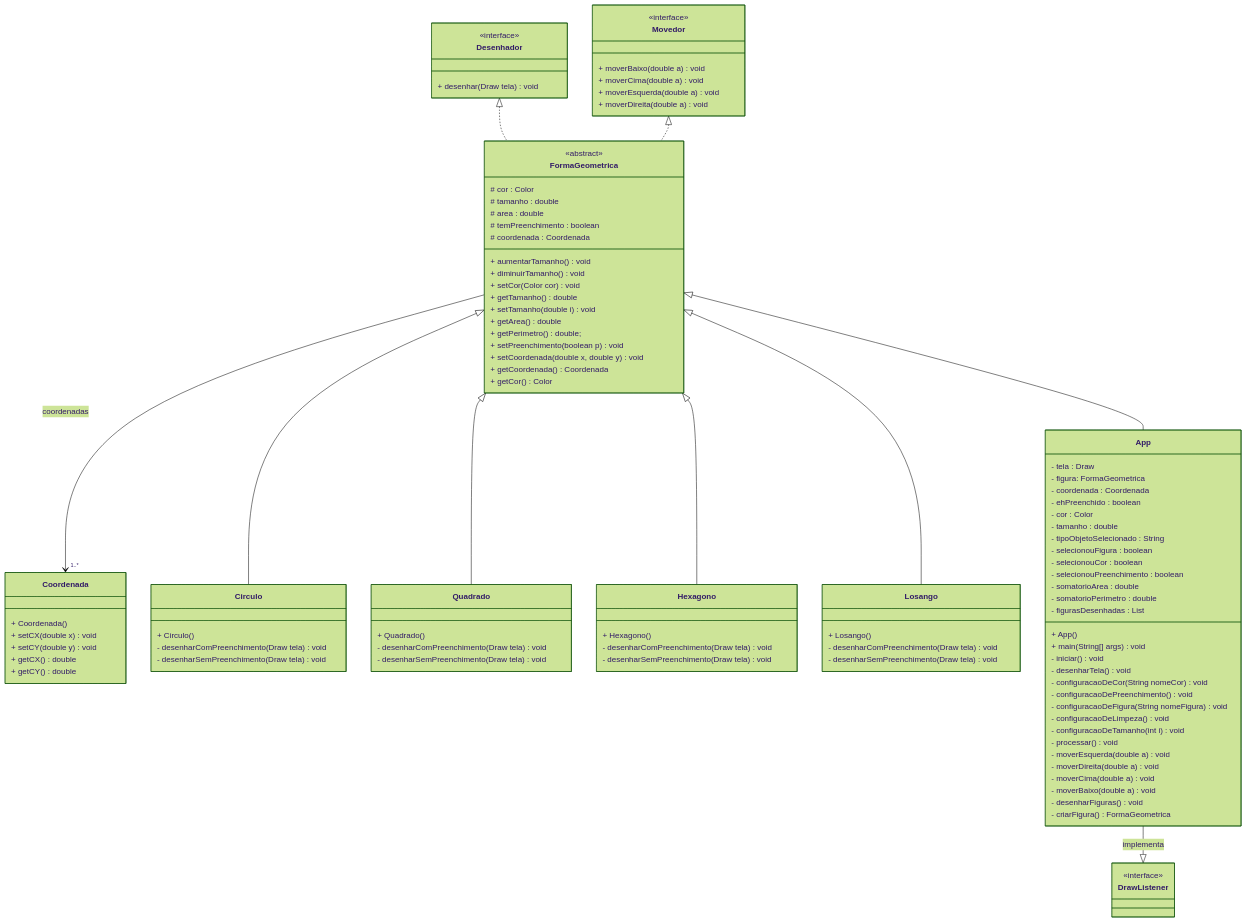
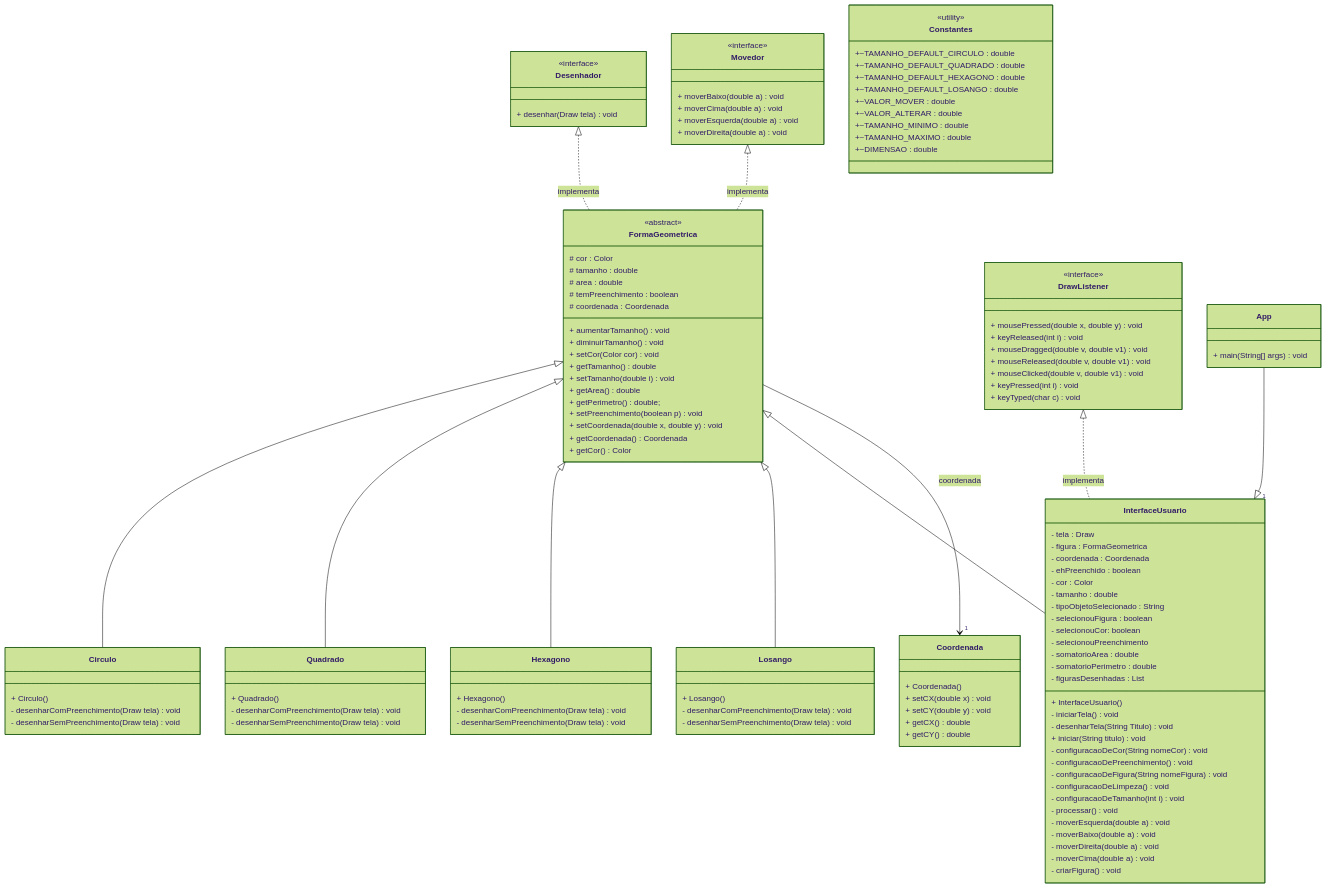
Before and after one commit to sergio-prolo-class/lista-4-igor1023: the diagram in readme.md, drawn with Mermaid (forest theme). The commit also changed 2 other files, not shown here.

Commit message:
Implementada classe InterfaceUsuario e dado continuidade no desenvolvimento do diagrama UML

````diff
--- a/readme.md
+++ b/readme.md
@@ -81,6 +81,14 @@
 
     class DrawListener{
         <<interface>>
+
+        + mousePressed(double x, double y) void
+        + keyReleased(int i) void
+        + mouseDragged(double v, double v1) void
+        + mouseReleased(double v, double v1) void
+        + mouseClicked(double v, double v1) void
+        + keyPressed(int i) void
+        + keyTyped(char c) void
     }
 
     class Coordenada{
@@ -91,10 +99,6 @@
         + getCX() double
         + getCY() double
     }
-
-    Desenhador <|.. FormaGeometrica
-    Movedor <|.. FormaGeometrica
-    FormaGeometrica --> "1..*" Coordenada : coordenadas
 
     class Circulo{
         
@@ -112,7 +116,6 @@
 
     class Hexagono {
 
-
         + Hexagono()
         - desenharComPreenchimento(Draw tela) void
         - desenharSemPreenchimento(Draw tela) void
@@ -127,24 +130,30 @@
 
     class App{
 
+        + main(String[] args) void
+        
+    }
+
+    class InterfaceUsuario{
+
         - tela : Draw
-        - figura: FormaGeometrica
+        - figura : FormaGeometrica
         - coordenada : Coordenada
         - ehPreenchido : boolean
         - cor : Color
         - tamanho : double
         - tipoObjetoSelecionado : String
         - selecionouFigura : boolean
-        - selecionouCor : boolean
-        - selecionouPreenchimento : boolean
+        - selecionouCor: boolean
+        - selecionouPreenchimento
         - somatorioArea : double
-        - somatorioPerimetro : double 
+        - somatorioPerimetro : double
         - figurasDesenhadas : List<FormaGeometrica>
 
-        + App()
-        + main(String[] args) void
-        - iniciar() void
-        - desenharTela() void
+        + InterfaceUsuario()
+        - iniciarTela() void
+        - desenharTela(String Titulo) void
+        + iniciar(String titulo) void
         - configuracaoDeCor(String nomeCor) void
         - configuracaoDePreenchimento() void
         - configuracaoDeFigura(String nomeFigura) void
@@ -152,12 +161,26 @@
         - configuracaoDeTamanho(int i) void
         - processar() void
         - moverEsquerda(double a) void
+        - moverBaixo(double a) void
         - moverDireita(double a) void
         - moverCima(double a) void
-        - moverBaixo(double a) void
-        - desenharFiguras() void
-        - criarFigura() FormaGeometrica
+        - criarFigura() void
+
+    }
+
+    class Constantes {
+
+        <<utility>>
         
+        +~TAMANHO_DEFAULT_CIRCULO : double
+        +~TAMANHO_DEFAULT_QUADRADO : double
+        +~TAMANHO_DEFAULT_HEXAGONO : double
+        +~TAMANHO_DEFAULT_LOSANGO : double
+        +~VALOR_MOVER : double
+        +~VALOR_ALTERAR : double
+        +~TAMANHO_MINIMO : double
+        +~TAMANHO_MAXIMO : double
+        +~DIMENSAO : double
 
     }
 
@@ -165,7 +188,11 @@
     FormaGeometrica <|-- Quadrado
     FormaGeometrica <|-- Hexagono
     FormaGeometrica <|-- Losango
-    FormaGeometrica <|-- App
-    App --|> DrawListener : implementa
+    FormaGeometrica <|-- InterfaceUsuario
+    App --|> "1" InterfaceUsuario
+    FormaGeometrica --> "1" Coordenada : coordenada
+    Desenhador <|.. FormaGeometrica : implementa
+    Movedor <|.. FormaGeometrica : implementa
+    DrawListener <|.. InterfaceUsuario : implementa
 
 ```
````
